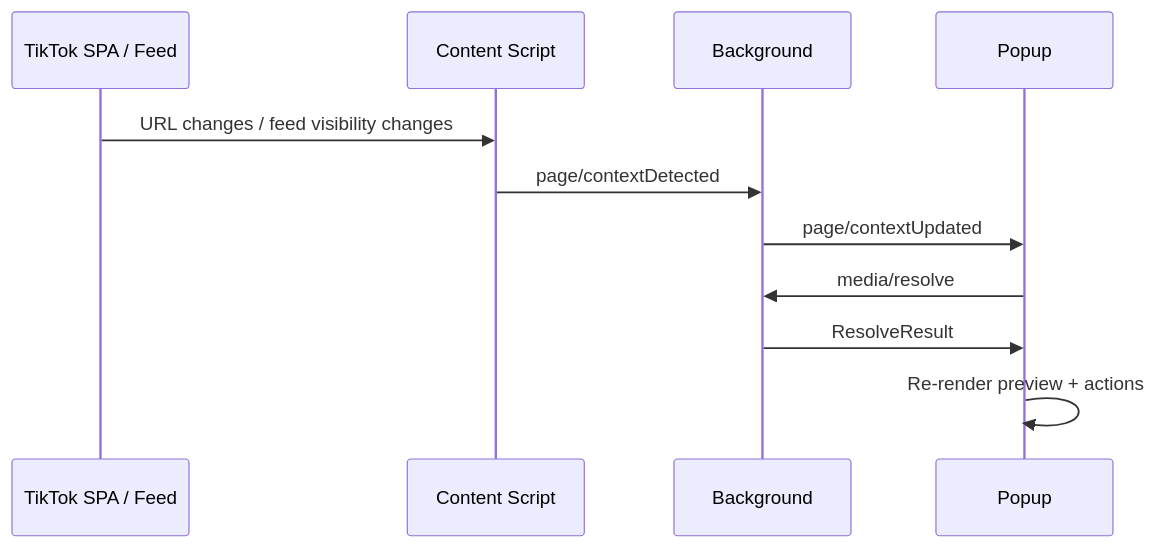
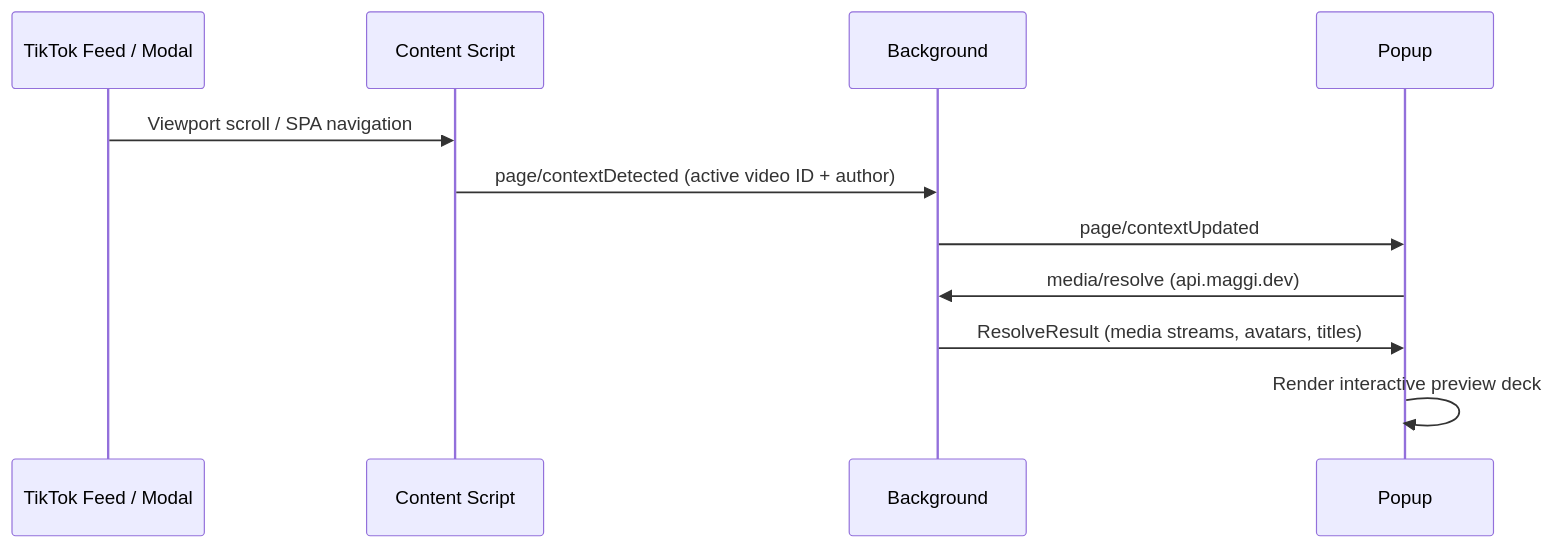
One commit to N0tMaggi/maggi-media-downloader changed the second of 3 diagrams in README.md. Above: the diagram before and after it, drawn with Mermaid. The commit also changed other lines of this file and 5 other files, not shown here.

````diff
--- a/README.md
+++ b/README.md
@@ -54,13 +64,13 @@
 ```mermaid
 sequenceDiagram
-    participant T as TikTok SPA / Feed
+    participant T as TikTok Feed / Modal
     participant C as Content Script
     participant B as Background
     participant P as Popup
-    T->>C: URL changes / feed visibility changes
-    C->>B: page/contextDetected
+    T->>C: Viewport scroll / SPA navigation
+    C->>B: page/contextDetected (active video ID + author)
     B->>P: page/contextUpdated
-    P->>B: media/resolve
-    B->>P: ResolveResult
-    P->>P: Re-render preview + actions
+    P->>B: media/resolve (api.maggi.dev)
+    B->>P: ResolveResult (media streams, avatars, titles)
+    P->>P: Render interactive preview deck
 ```
````
